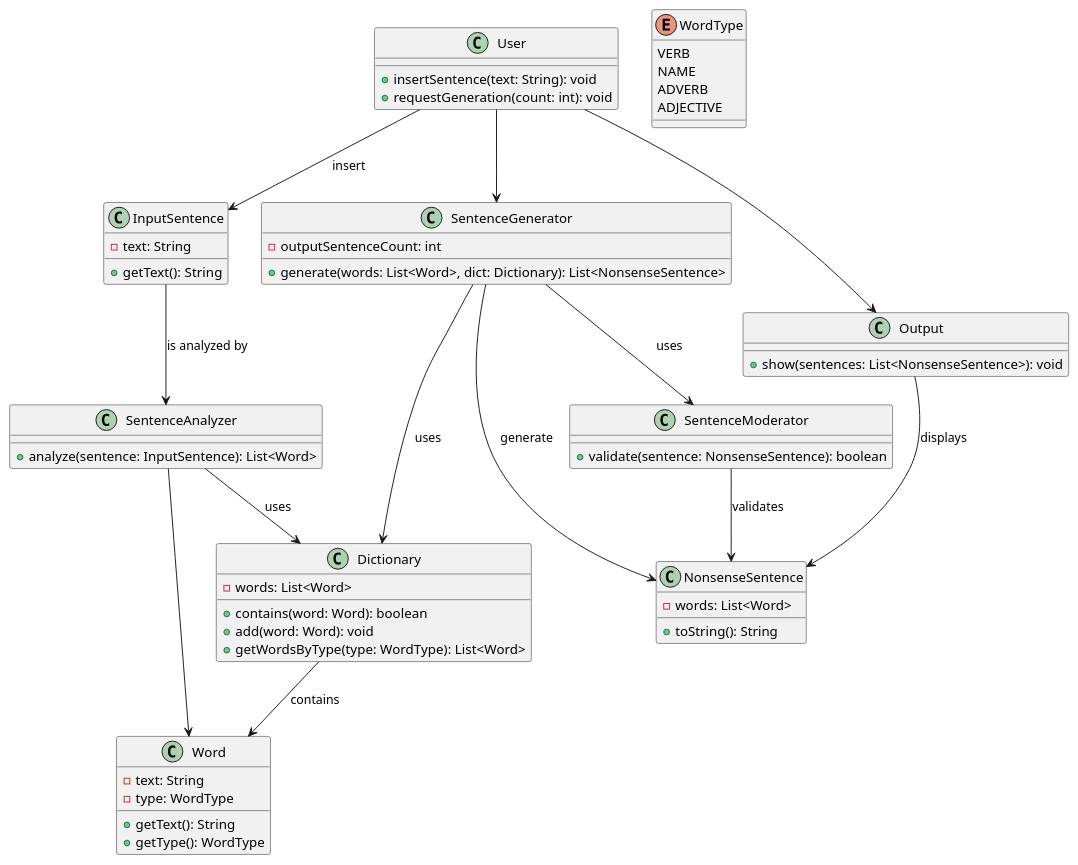
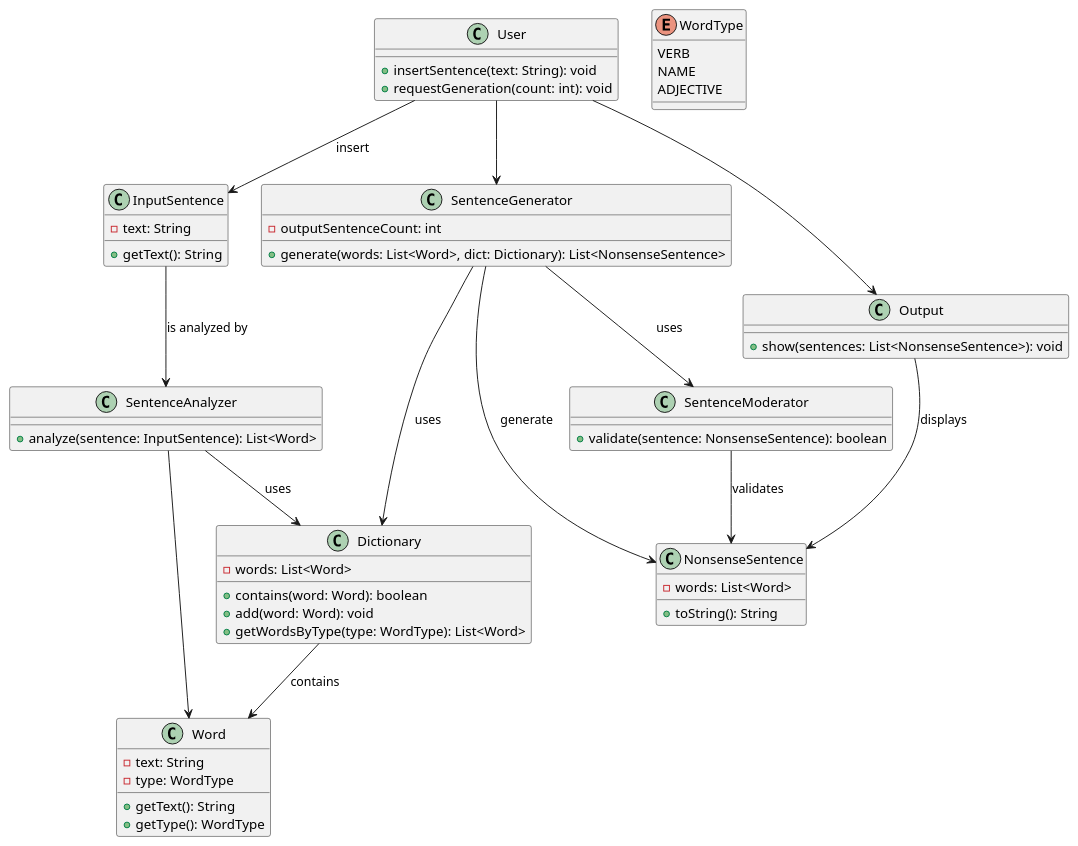
The diagram in docs/resources/Class_Diagram.md (TognonGiac/nonsensegenerator), drawn with PlantUML before and after one commit.

````diff
--- a/docs/resources/Class_Diagram.md
+++ b/docs/resources/Class_Diagram.md
@@ -5,69 +5,68 @@
 ```plantuml
 @startuml
 class User {
   + insertSentence(text: String): void
   + requestGeneration(count: int): void
 }
 
 class InputSentence {
   - text: String
   + getText(): String
 }
 
 class Word {
   - text: String
   - type: WordType
   + getText(): String
   + getType(): WordType
 }
 
 enum WordType {
   VERB
   NAME
-  ADVERB
   ADJECTIVE
 }
 
 class Dictionary {
   - words: List<Word>
   + contains(word: Word): boolean
   + add(word: Word): void
   + getWordsByType(type: WordType): List<Word>
 }
 
 class SentenceAnalyzer {
   + analyze(sentence: InputSentence): List<Word>
 }
 
 class SentenceGenerator {
   - outputSentenceCount: int
   + generate(words: List<Word>, dict: Dictionary): List<NonsenseSentence>
 }
 
 class NonsenseSentence {
   - words: List<Word>
   + toString(): String
 }
 
 class SentenceModerator {
   + validate(sentence: NonsenseSentence): boolean
 }
 
 class Output {
   + show(sentences: List<NonsenseSentence>): void
 }
 
 User --> InputSentence : insert
 User --> SentenceGenerator 
 InputSentence --> SentenceAnalyzer : is analyzed by
 SentenceAnalyzer --> Word
 SentenceAnalyzer --> Dictionary : uses
 Dictionary --> Word : contains
 SentenceGenerator --> Dictionary : uses
 SentenceGenerator --> NonsenseSentence : generate
 SentenceGenerator --> SentenceModerator : uses 
 SentenceModerator --> NonsenseSentence : validates
 User --> Output 
 Output --> NonsenseSentence : displays
 @enduml
 ```
````
